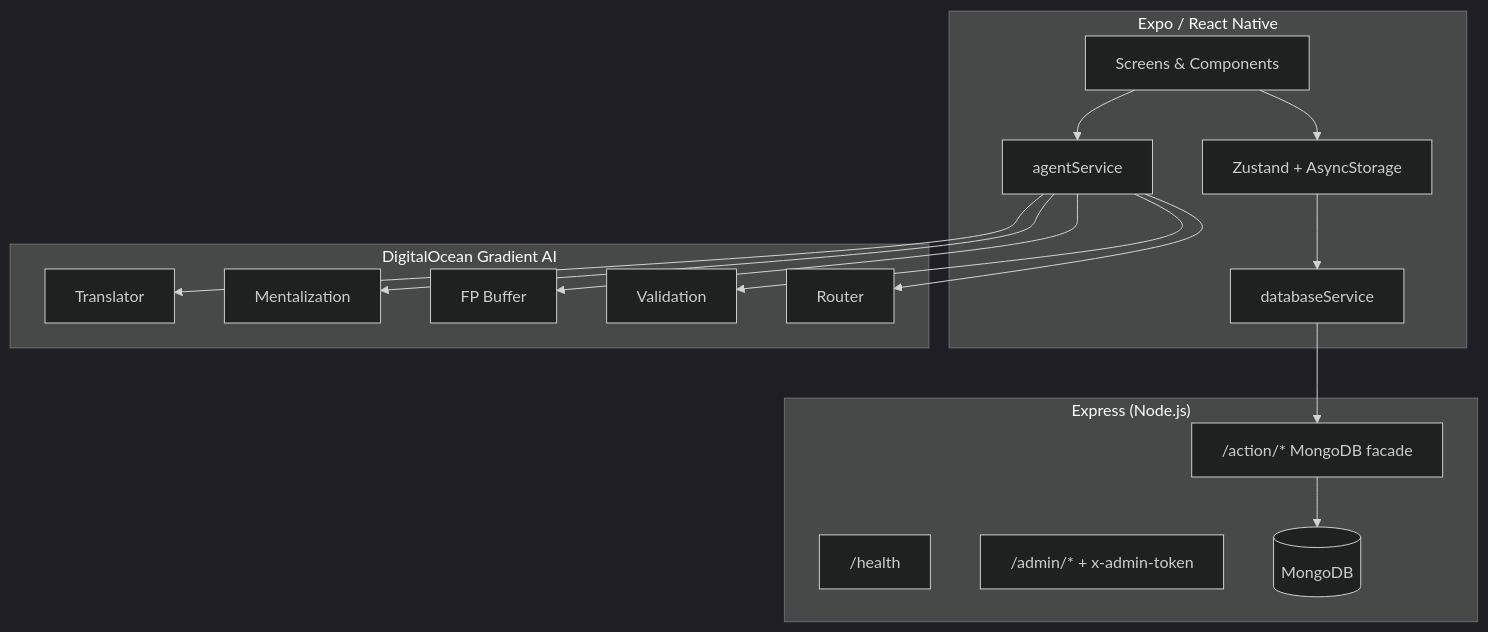
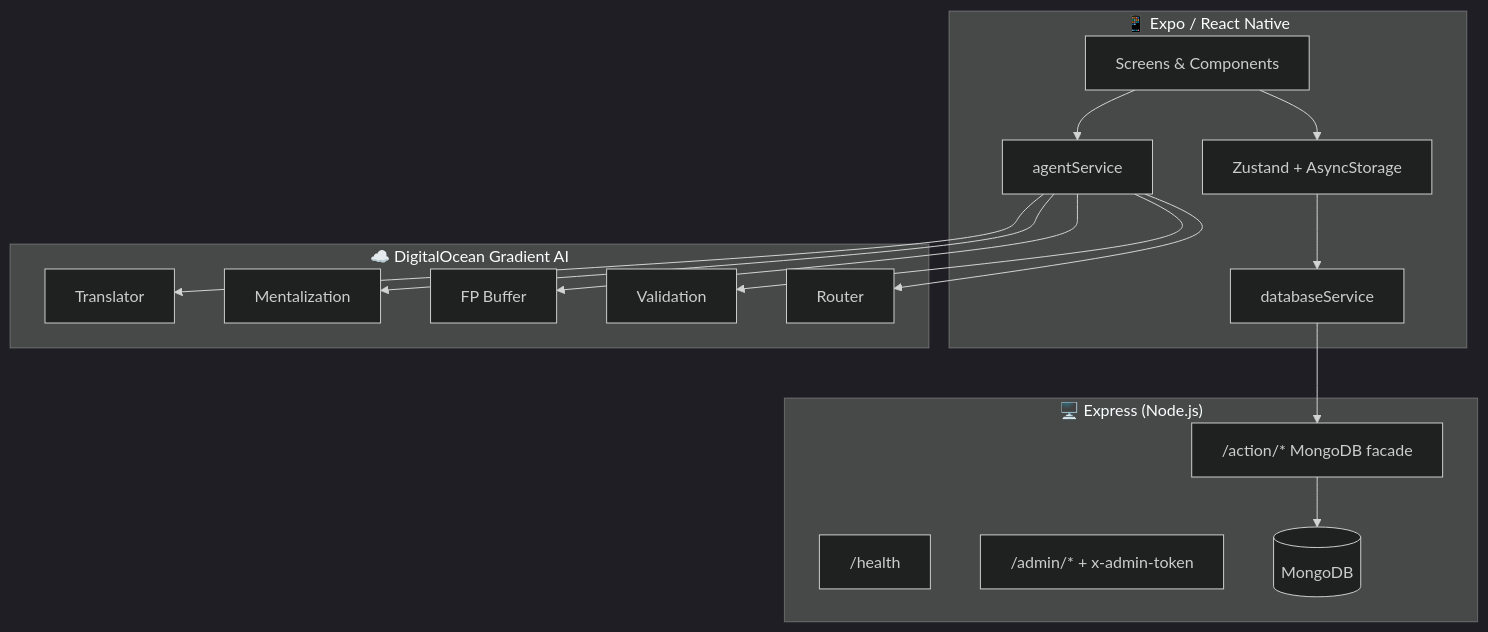
One commit to rijuld/agentic-mesh-mental-health-app changed the diagram in README.md. Above: the diagram before and after it, drawn with Mermaid (dark theme). The commit also changed other lines of this file, not shown here.

````diff
--- a/README.md
+++ b/README.md
@@ -119,31 +122,31 @@
 ```mermaid
 flowchart TB
-    subgraph Mobile["Expo / React Native"]
+    subgraph Mobile["📱 Expo / React Native"]
         UI[Screens & Components]
         Store[Zustand + AsyncStorage]
         DBsvc[databaseService]
         AGsvc[agentService]
     end
 
-    subgraph Backend["Express (Node.js)"]
+    subgraph Backend["🖥️ Express (Node.js)"]
         Health["/health"]
         Admin["/admin/* + x-admin-token"]
         Actions["/action/* MongoDB facade"]
         Mongo[(MongoDB)]
     end
 
-    subgraph DO["DigitalOcean Gradient AI"]
+    subgraph DO["☁️ DigitalOcean Gradient AI"]
         T[Translator]
         M[Mentalization]
         F[FP Buffer]
         V[Validation]
         R[Router]
     end
 
     UI --> Store
     Store --> DBsvc
     UI --> AGsvc
     DBsvc --> Actions
     Actions --> Mongo
     AGsvc --> T & M & F & V & R
 ```
````
